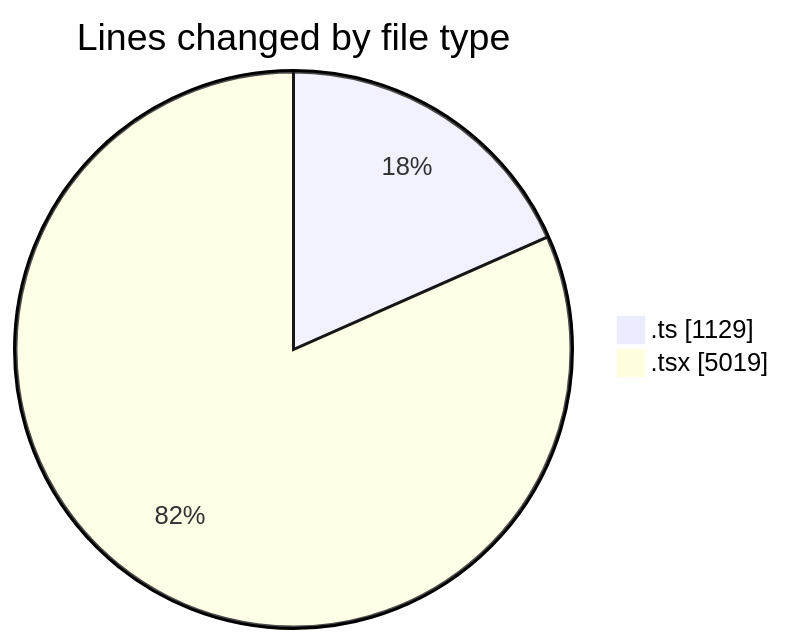
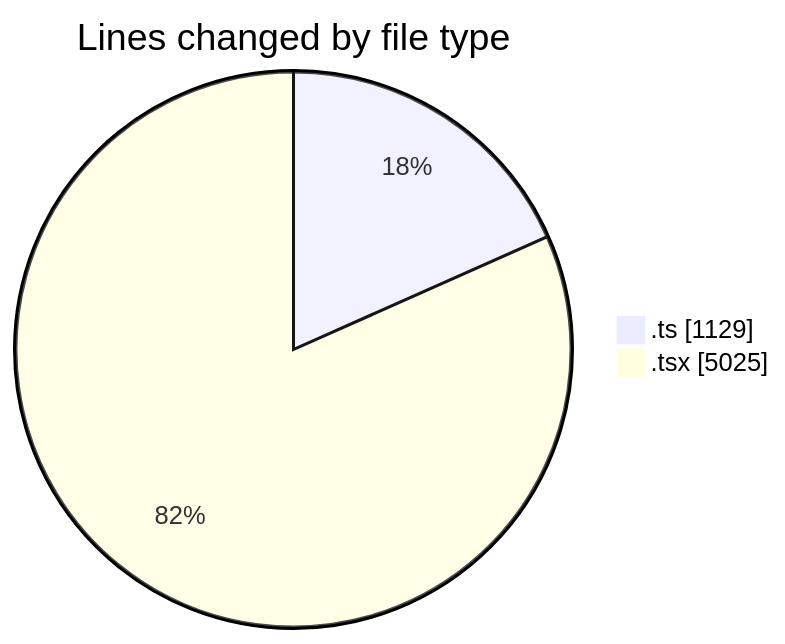
One commit to momahboobian/code-tracking changed the first of 2 diagrams in 2025-09-02/cda/README.md. Above: the diagram before and after it, drawn with Mermaid. The commit also changed other lines of this file and 1 other file, not shown here.

````diff
--- a/2025-09-02/cda/README.md
+++ b/2025-09-02/cda/README.md
@@ -30,6 +30,6 @@
 ```mermaid
 pie showData
 title Lines changed by file type
 ".ts" : 1129
-".tsx" : 5019
+".tsx" : 5025
 ```
````
